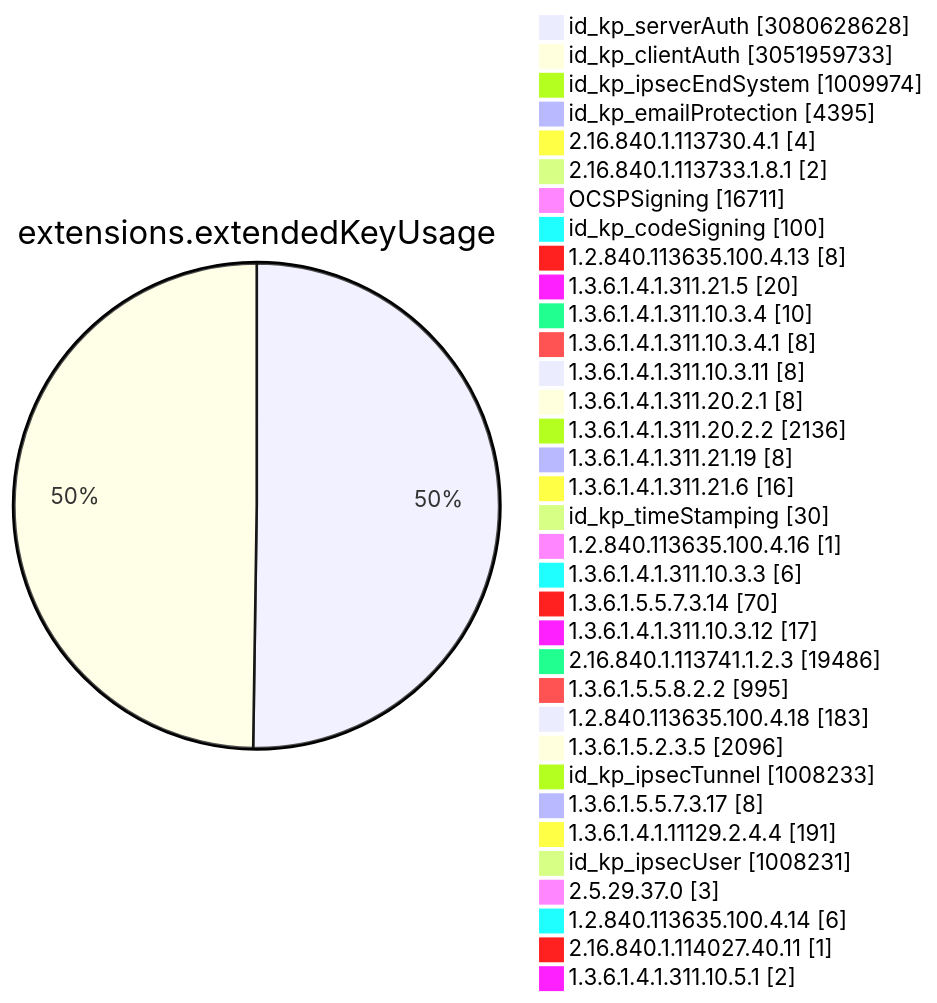
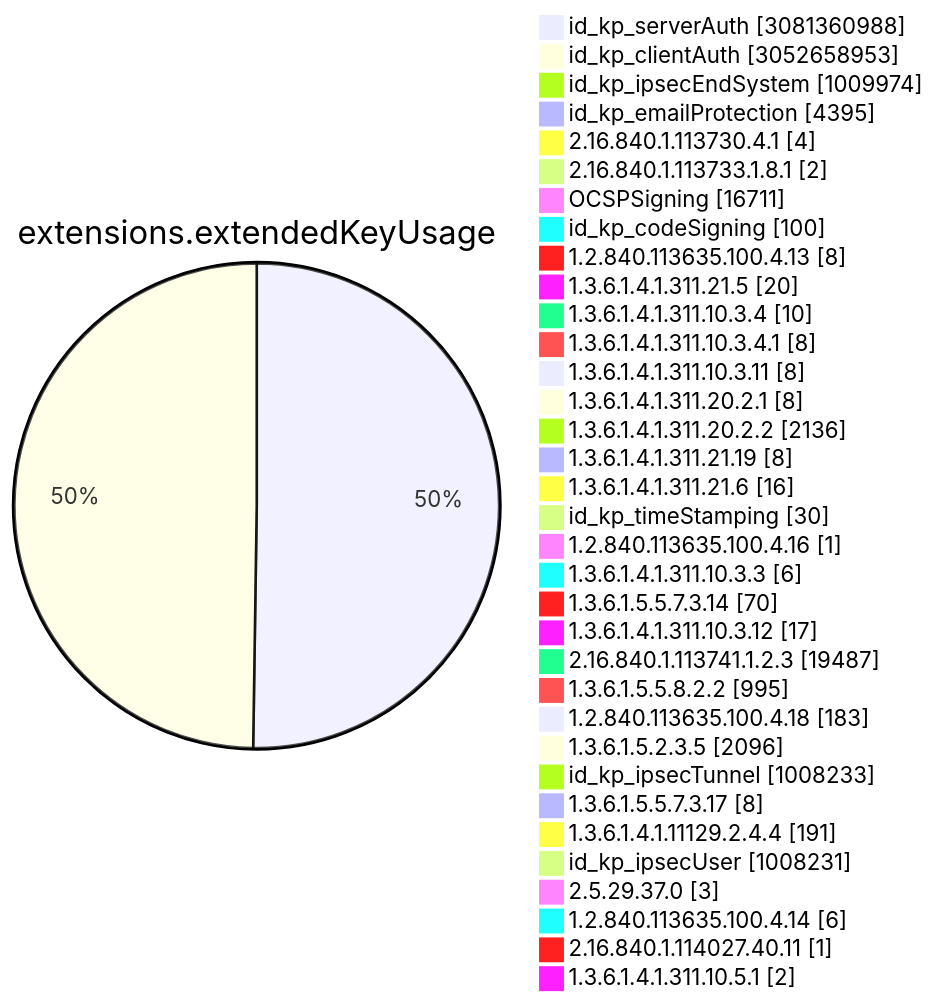
Diagram 11 of 15 in TOTAL/README.md (christiankrug/ctmonitor_visualization), drawn with Mermaid before and after one commit. The commit also changed other lines of this file, not shown here.

````diff
--- a/TOTAL/README.md
+++ b/TOTAL/README.md
@@ -4119,38 +4119,38 @@
 ```mermaid
 pie showData
 title extensions.extendedKeyUsage
-"id_kp_serverAuth" :3080628628
-"id_kp_clientAuth" :3051959733
+"id_kp_serverAuth" :3081360988
+"id_kp_clientAuth" :3052658953
 "id_kp_ipsecEndSystem" :1009974
 "id_kp_emailProtection" :4395
 "2.16.840.1.113730.4.1" :4
 "2.16.840.1.113733.1.8.1" :2
 "OCSPSigning" :16711
 "id_kp_codeSigning" :100
 "1.2.840.113635.100.4.13" :8
 "1.3.6.1.4.1.311.21.5" :20
 "1.3.6.1.4.1.311.10.3.4" :10
 "1.3.6.1.4.1.311.10.3.4.1" :8
 "1.3.6.1.4.1.311.10.3.11" :8
 "1.3.6.1.4.1.311.20.2.1" :8
 "1.3.6.1.4.1.311.20.2.2" :2136
 "1.3.6.1.4.1.311.21.19" :8
 "1.3.6.1.4.1.311.21.6" :16
 "id_kp_timeStamping" :30
 "1.2.840.113635.100.4.16" :1
 "1.3.6.1.4.1.311.10.3.3" :6
 "1.3.6.1.5.5.7.3.14" :70
 "1.3.6.1.4.1.311.10.3.12" :17
-"2.16.840.1.113741.1.2.3" :19486
+"2.16.840.1.113741.1.2.3" :19487
 "1.3.6.1.5.5.8.2.2" :995
 "1.2.840.113635.100.4.18" :183
 "1.3.6.1.5.2.3.5" :2096
 "id_kp_ipsecTunnel" :1008233
 "1.3.6.1.5.5.7.3.17" :8
 "1.3.6.1.4.1.11129.2.4.4" :191
 "id_kp_ipsecUser" :1008231
 "2.5.29.37.0" :3
 "1.2.840.113635.100.4.14" :6
 "2.16.840.1.114027.40.11" :1
 "1.3.6.1.4.1.311.10.5.1" :2
 ```
````
